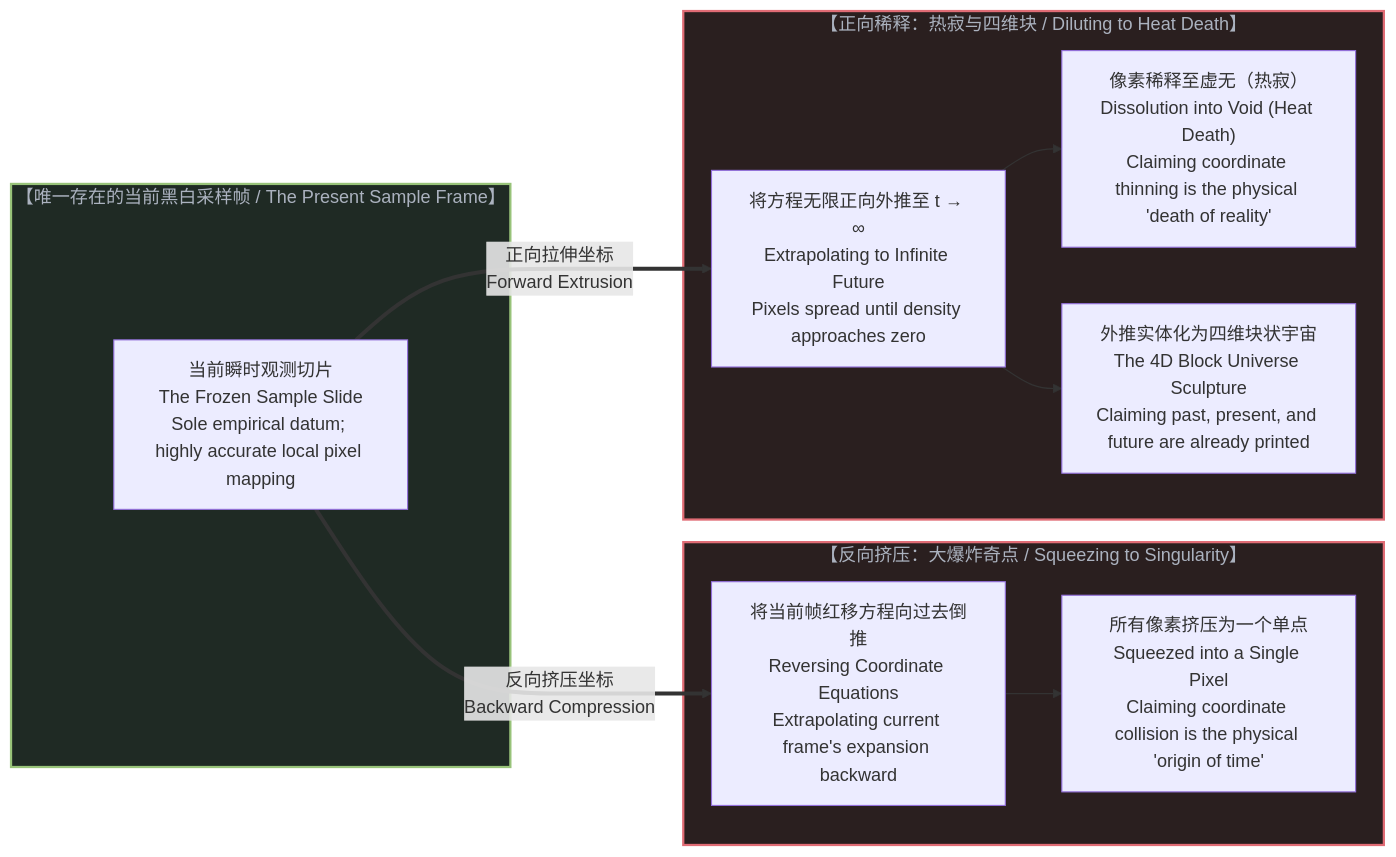
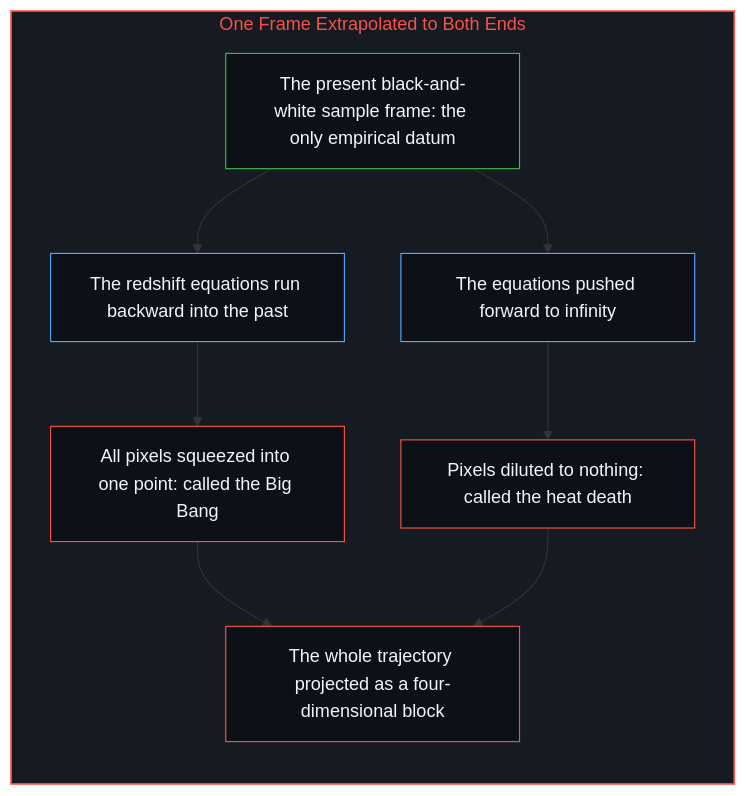
One commit to powerpig99/not-a-toe changed the tenth of 12 diagrams in content/posts/the-black-and-white-sample-frame-and-the-extrapolated-universe.md. Above: the diagram before and after it, drawn with Mermaid. The commit also changed other lines of this file and 2 other files, not shown here.

Commit message:
Refine the-black-and-white-sample-frame: alternating bilingual layout, six paired diagrams, constants as readings, implicit first person

````diff
--- a/content/posts/the-black-and-white-sample-frame-and-the-extrapolated-universe.md
+++ b/content/posts/the-black-and-white-sample-frame-and-the-extrapolated-universe.md
@@ -267,27 +324,26 @@
 ```mermaid
-graph LR
-    subgraph BigBangFallacy["【反向挤压：大爆炸奇点 / Squeezing to Singularity】"]
-        PastTrajectory["将当前帧红移方程向过去倒推<br>Reversing Coordinate Equations<br>Extrapolating current frame's expansion backward"]
-        SinglePixel["所有像素挤压为一个单点<br>Squeezed into a Single Pixel<br>Claiming coordinate collision is the physical 'origin of time'"]
-        PastTrajectory --> SinglePixel
+flowchart TD
+    subgraph S_Extra["One Frame Extrapolated to Both Ends"]
+        direction TB
+        Slide["The present black-and-white sample frame: the only empirical datum"]
+        Back["The redshift equations run backward into the past"]
+        Point["All pixels squeezed into one point: called the Big Bang"]
+        Forward["The equations pushed forward to infinity"]
+        Thin["Pixels diluted to nothing: called the heat death"]
+        Block["The whole trajectory projected as a four-dimensional block"]
+        Slide --> Back
+        Back --> Point
+        Slide --> Forward
+        Forward --> Thin
+        Point --> Block
+        Thin --> Block
     end
 
-    subgraph PresentSample["【唯一存在的当前黑白采样帧 / The Present Sample Frame】"]
-        FrozenSlide["当前瞬时观测切片<br>The Frozen Sample Slide<br>Sole empirical datum; highly accurate local pixel mapping"]
-    end
-
-    subgraph HeatDeathFallacy["【正向稀释：热寂与四维块 / Diluting to Heat Death】"]
-        FutureTrajectory["将方程无限正向外推至 t → ∞<br>Extrapolating to Infinite Future<br>Pixels spread until density approaches zero"]
-        DilutedVoid["像素稀释至虚无（热寂）<br>Dissolution into Void (Heat Death)<br>Claiming coordinate thinning is the physical 'death of reality'"]
-        BlockUniverse["外推实体化为四维块状宇宙<br>The 4D Block Universe Sculpture<br>Claiming past, present, and future are already printed"]
-        FutureTrajectory --> DilutedVoid
-        FutureTrajectory --> BlockUniverse
-    end
-
-    FrozenSlide ==>|"反向挤压坐标<br>Backward Compression"| PastTrajectory
-    FrozenSlide ==>|"正向拉伸坐标<br>Forward Extrusion"| FutureTrajectory
-
-    style PresentSample fill:#1f2a24,stroke:#98c379,stroke-width:2px,color:#abb2bf
-    style BigBangFallacy fill:#2a1f1f,stroke:#e06c75,stroke-width:2px,color:#abb2bf
-    style HeatDeathFallacy fill:#2a1f1f,stroke:#e06c75,stroke-width:2px,color:#abb2bf
+    style S_Extra fill:#161b22,stroke:#f85149,stroke-width:1.5px,color:#f85149
+    style Slide fill:#0d1117,stroke:#3fb950,stroke-width:1px,color:#f0f6fc
+    style Back fill:#0d1117,stroke:#58a6ff,stroke-width:1px,color:#f0f6fc
+    style Point fill:#0d1117,stroke:#f85149,stroke-width:1px,color:#f0f6fc
+    style Forward fill:#0d1117,stroke:#58a6ff,stroke-width:1px,color:#f0f6fc
+    style Thin fill:#0d1117,stroke:#f85149,stroke-width:1px,color:#f0f6fc
+    style Block fill:#0d1117,stroke:#f85149,stroke-width:1px,color:#f0f6fc
 ```
````
